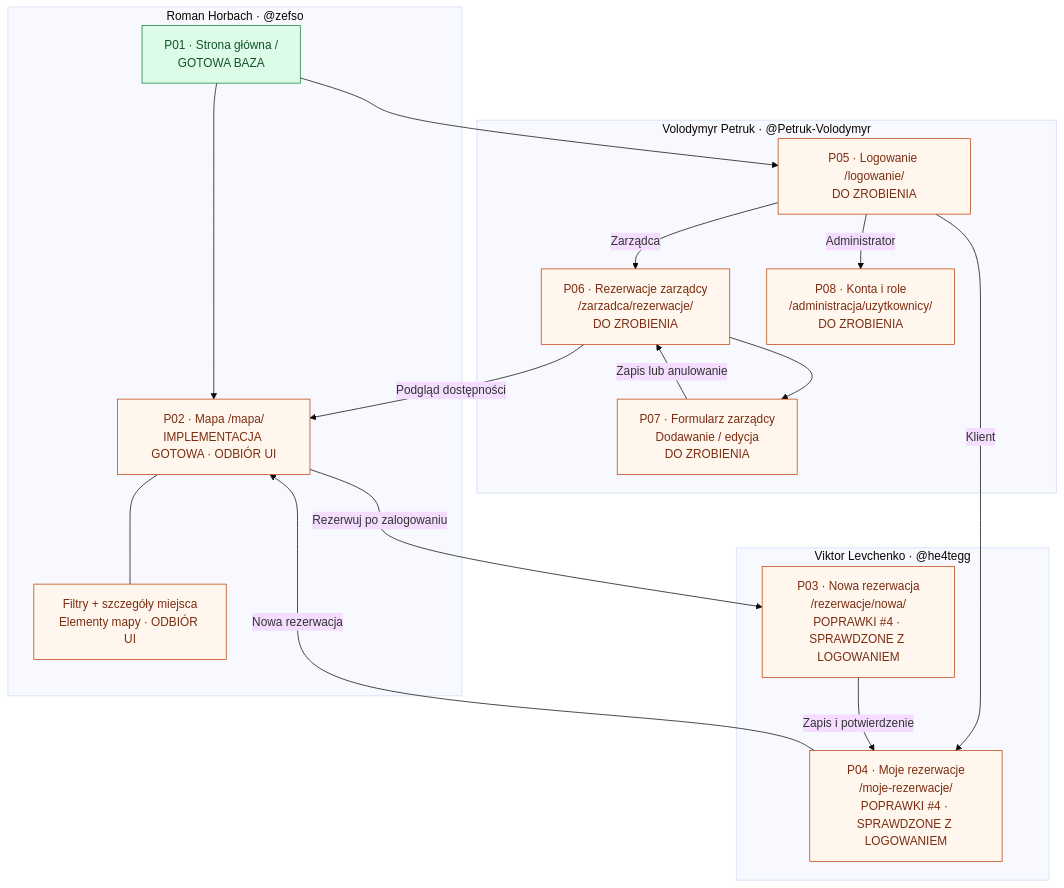
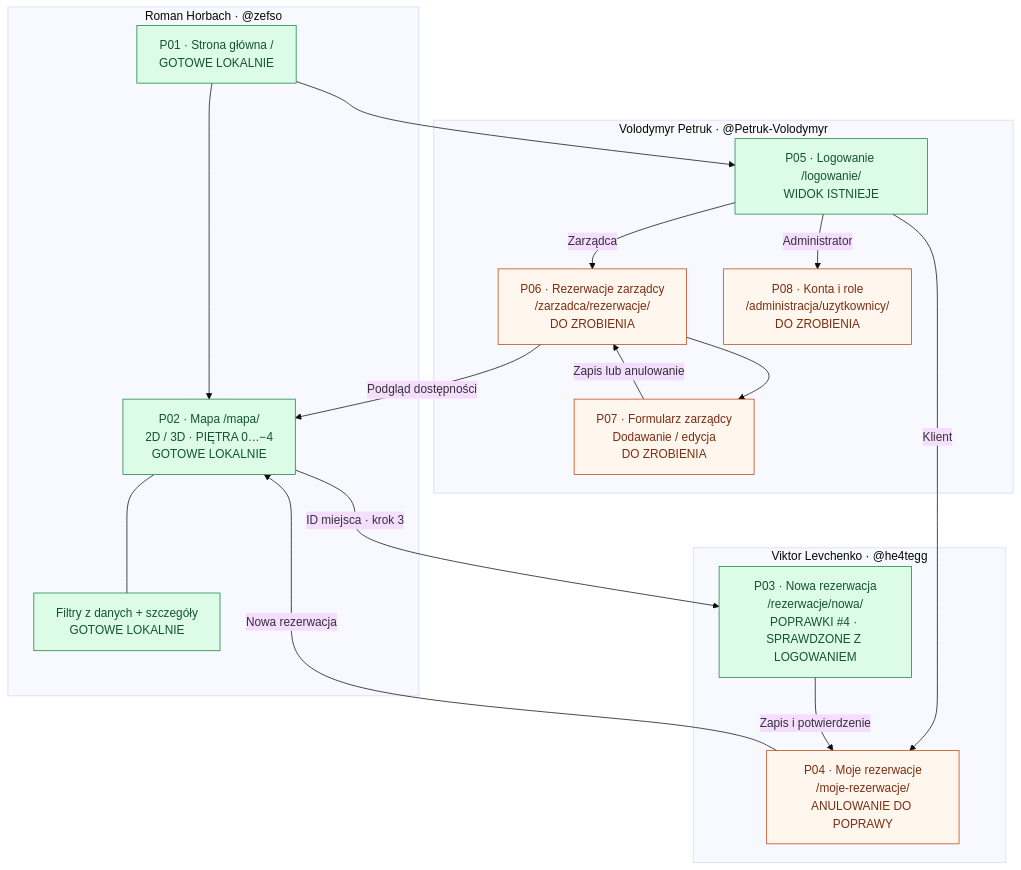
The diagram in docs/mapa-stron.md (zefso/CoffinLikeCoffee), drawn with Mermaid (base theme) before and after one commit. The commit also changed other lines of this file and 17 other files, not shown here.

````diff
--- a/docs/mapa-stron.md
+++ b/docs/mapa-stron.md
@@ -12,34 +12,34 @@
 ```mermaid
 flowchart TD
     subgraph roman["Roman Horbach · @zefso"]
-        home["P01 · Strona główna /<br/>GOTOWA BAZA"]
-        map["P02 · Mapa /mapa/<br/>IMPLEMENTACJA GOTOWA · ODBIÓR UI"]
-        filters["Filtry + szczegóły miejsca<br/>Elementy mapy · ODBIÓR UI"]
+        home["P01 · Strona główna /<br/>GOTOWE LOKALNIE"]
+        map["P02 · Mapa /mapa/<br/>2D / 3D · PIĘTRA 0…−4<br/>GOTOWE LOKALNIE"]
+        filters["Filtry z danych + szczegóły<br/>GOTOWE LOKALNIE"]
     end
     subgraph viktor["Viktor Levchenko · @he4tegg"]
         booking["P03 · Nowa rezerwacja<br/>/rezerwacje/nowa/<br/>POPRAWKI #4 · SPRAWDZONE Z LOGOWANIEM"]
-        mine["P04 · Moje rezerwacje<br/>/moje-rezerwacje/<br/>POPRAWKI #4 · SPRAWDZONE Z LOGOWANIEM"]
+        mine["P04 · Moje rezerwacje<br/>/moje-rezerwacje/<br/>ANULOWANIE DO POPRAWY"]
     end
     subgraph volodymyr["Volodymyr Petruk · @Petruk-Volodymyr"]
-        login["P05 · Logowanie /logowanie/<br/>DO ZROBIENIA"]
+        login["P05 · Logowanie /logowanie/<br/>WIDOK ISTNIEJE"]
         manager["P06 · Rezerwacje zarządcy<br/>/zarzadca/rezerwacje/<br/>DO ZROBIENIA"]
         edit["P07 · Formularz zarządcy<br/>Dodawanie / edycja<br/>DO ZROBIENIA"]
         accounts["P08 · Konta i role<br/>/administracja/uzytkownicy/<br/>DO ZROBIENIA"]
     end
     home --> map
     map --- filters
-    map -->|Rezerwuj po zalogowaniu| booking
+    map -->|ID miejsca · krok 3| booking
     home --> login
     login -->|Klient| mine
     login -->|Zarządca| manager
     login -->|Administrator| accounts
     booking -->|Zapis i potwierdzenie| mine
     mine -->|Nowa rezerwacja| map
     manager --> edit
     edit -->|Zapis lub anulowanie| manager
     manager -->|Podgląd dostępności| map
     classDef base fill:#dcfce7,stroke:#15803d,color:#14532d
     classDef todo fill:#fff7ed,stroke:#c2410c,color:#7c2d12
-    class home base
-    class map,filters,booking,mine,login,manager,edit,accounts todo
+    class home,map,filters,booking,login base
+    class mine,manager,edit,accounts todo
 ```
````
